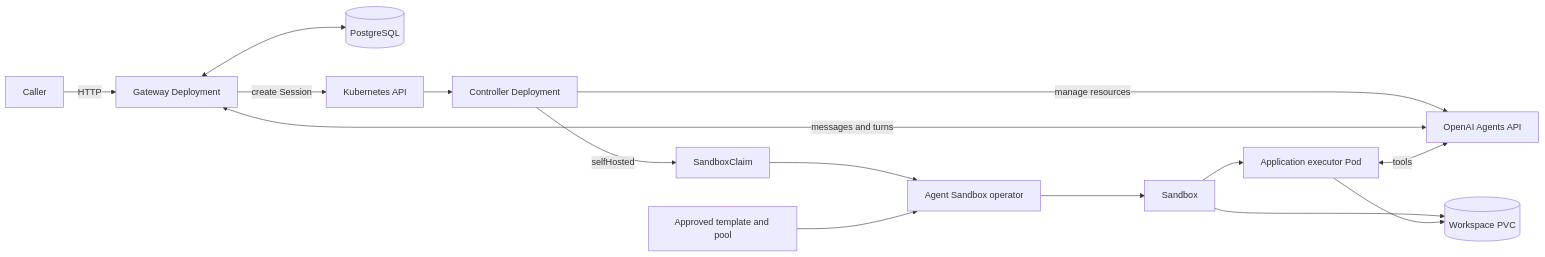
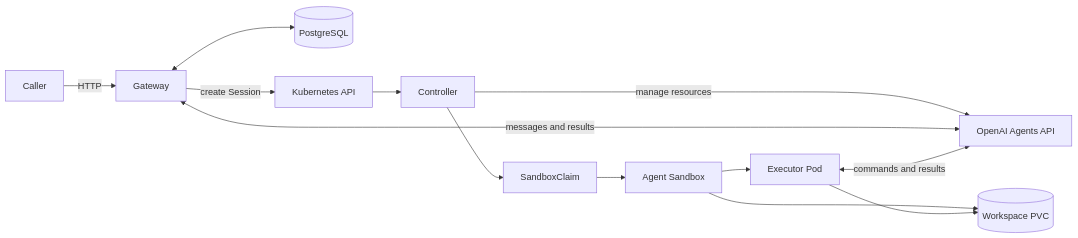
The diagram in docs/architecture.md (softcane/codex-session-operator), drawn with Mermaid before and after one commit. The commit also changed other lines of this file and 16 other files, not shown here.

````diff
--- a/docs/architecture.md
+++ b/docs/architecture.md
@@ -7,17 +7,15 @@
 ```mermaid
 flowchart LR
-    U[Caller] -->|HTTP| G[Gateway Deployment]
-    G <--> P[(PostgreSQL)]
+    U[Caller] -->|HTTP| G[Gateway]
+    G <--> D[(PostgreSQL)]
     G -->|create Session| K[Kubernetes API]
-    K --> O[Controller Deployment]
+    K --> O[Controller]
     O -->|manage resources| A[OpenAI Agents API]
-    G <-->|messages and turns| A
-    O -->|selfHosted| C[SandboxClaim]
-    C --> B[Agent Sandbox operator]
-    T[Approved template and pool] --> B
-    B --> S[Sandbox]
-    S --> E[Application executor Pod]
-    S --> W[(Workspace PVC)]
+    G <-->|messages and results| A
+    O --> C[SandboxClaim]
+    C --> B[Agent Sandbox]
+    B --> E[Executor Pod]
+    B --> W[(Workspace PVC)]
     E --> W
-    E <-->|tools| A
+    E <-->|commands and results| A
 ```
````
